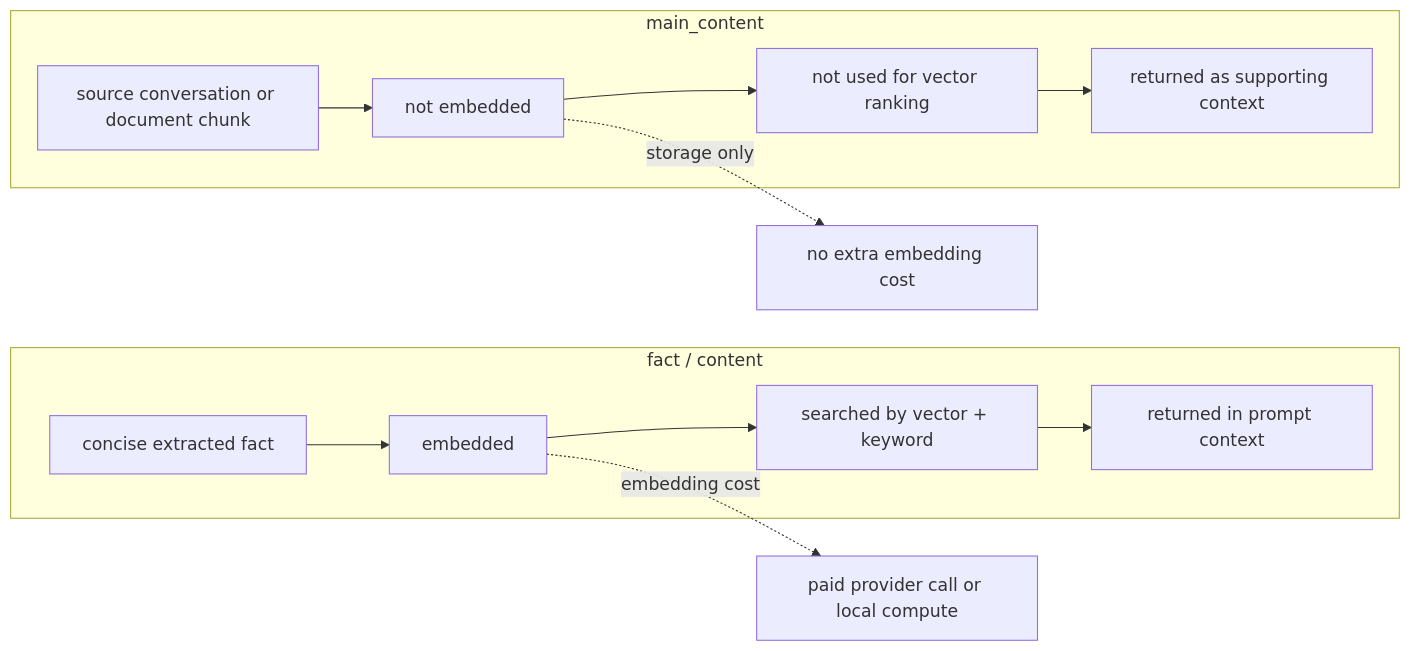
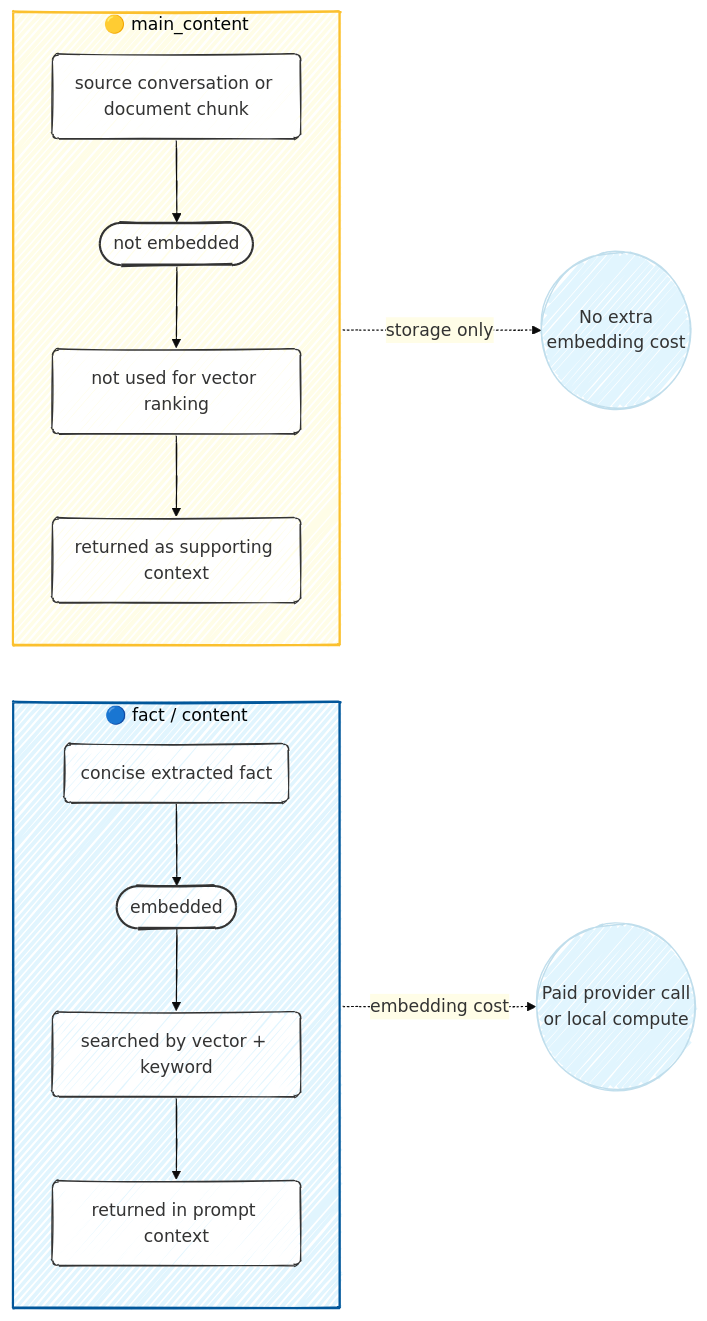
Before and after one commit to ahammadnafiz/engram: the ninth of 9 diagrams in docs/diagrams.md, drawn with Mermaid. The commit also changed other lines of this file and 27 other files, not shown here.

````diff
--- a/docs/diagrams.md
+++ b/docs/diagrams.md
@@ -223,22 +414,43 @@
 ```mermaid
+---
+config:
+  theme: base
+  look: handDrawn
+  themeVariables:
+    primaryColor: '#e1f5fe'
+    secondaryColor: '#fffde7'
+---
 flowchart LR
-    subgraph Fact["fact / content"]
-        F1["concise extracted fact"]
-        F2["embedded"]
-        F3["searched by vector + keyword"]
-        F4["returned in prompt context"]
+    subgraph FACT ["🔵 fact / content"]
+        direction TB
+        F1(concise extracted fact)
+        F2([embedded])
+        F3(searched by vector + keyword)
+        F4(returned in prompt context)
+        F1 --> F2 --> F3 --> F4
     end
 
-    subgraph Main["main_content"]
-        M1["source conversation or document chunk"]
-        M2["not embedded"]
-        M3["not used for vector ranking"]
-        M4["returned as supporting context"]
+    subgraph MAIN ["🟡 main_content"]
+        direction TB
+        M1(source conversation or document chunk)
+        M2([not embedded])
+        M3(not used for vector ranking)
+        M4(returned as supporting context)
+        M1 --> M2 --> M3 --> M4
     end
 
-    F1 --> F2 --> F3 --> F4
-    M1 --> M2 --> M3 --> M4
+    Cost((Paid provider call<br/>or local compute))
+    Savings((No extra<br/>embedding cost))
 
-    F2 -. "embedding cost" .-> Cost["paid provider call or local compute"]
-    M2 -. "storage only" .-> Savings["no extra embedding cost"]
+    F2 -. "embedding cost" .-> Cost
+    M2 -. "storage only" .-> Savings
+
+    style FACT fill:#e1f5fe,stroke:#01579b,stroke-width:2px,rx:10,ry:10
+    style MAIN fill:#fffde7,stroke:#fbc02d,stroke-width:2px,rx:10,ry:10
+
+    classDef process fill:#fff,stroke:#333,stroke-width:1px,rx:8,ry:8;
+    classDef api fill:#fff,stroke:#333,stroke-width:2px,rx:20,ry:20;
+    
+    class F1,F3,F4,M1,M3,M4 process;
+    class F2,M2 api;
 ```
````
